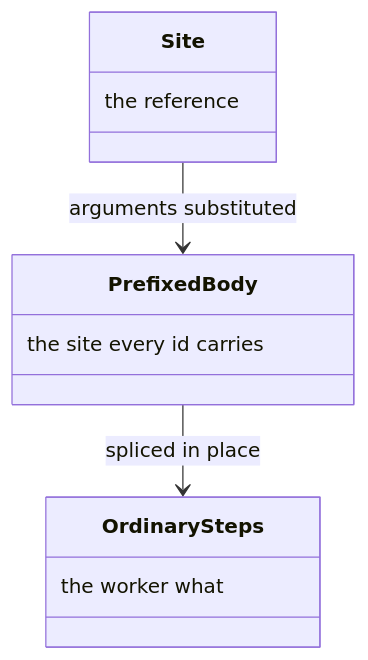
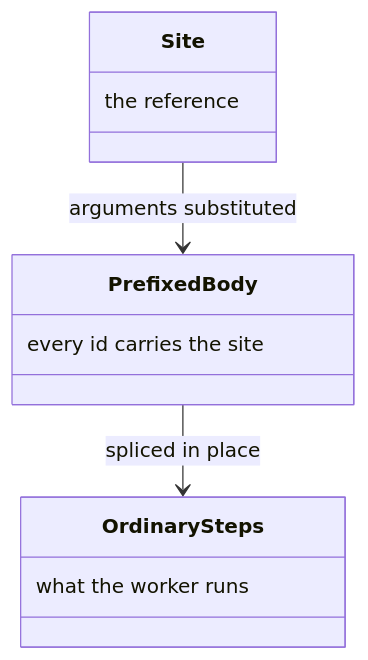
One commit to m2ux/workflow-server changed the eighth of 8 diagrams in docs/routine.md. Above: the diagram before and after it, drawn with Mermaid. The commit also changed other lines of this file and 10 other files, not shown here.

Commit message:
Write each class-box note in reading order so the diagram shows the phrase as written.

````diff
--- a/docs/routine.md
+++ b/docs/routine.md
@@ -176,14 +176,14 @@
 ```mermaid
 classDiagram
   class Site {
     the reference
   }
   class PrefixedBody {
-    the site every id carries
+    every id carries the site
   }
   class OrdinarySteps {
-    the worker what
+    what the worker runs
   }
   Site --> PrefixedBody : arguments substituted
   PrefixedBody --> OrdinarySteps : spliced in place
 ```
````
